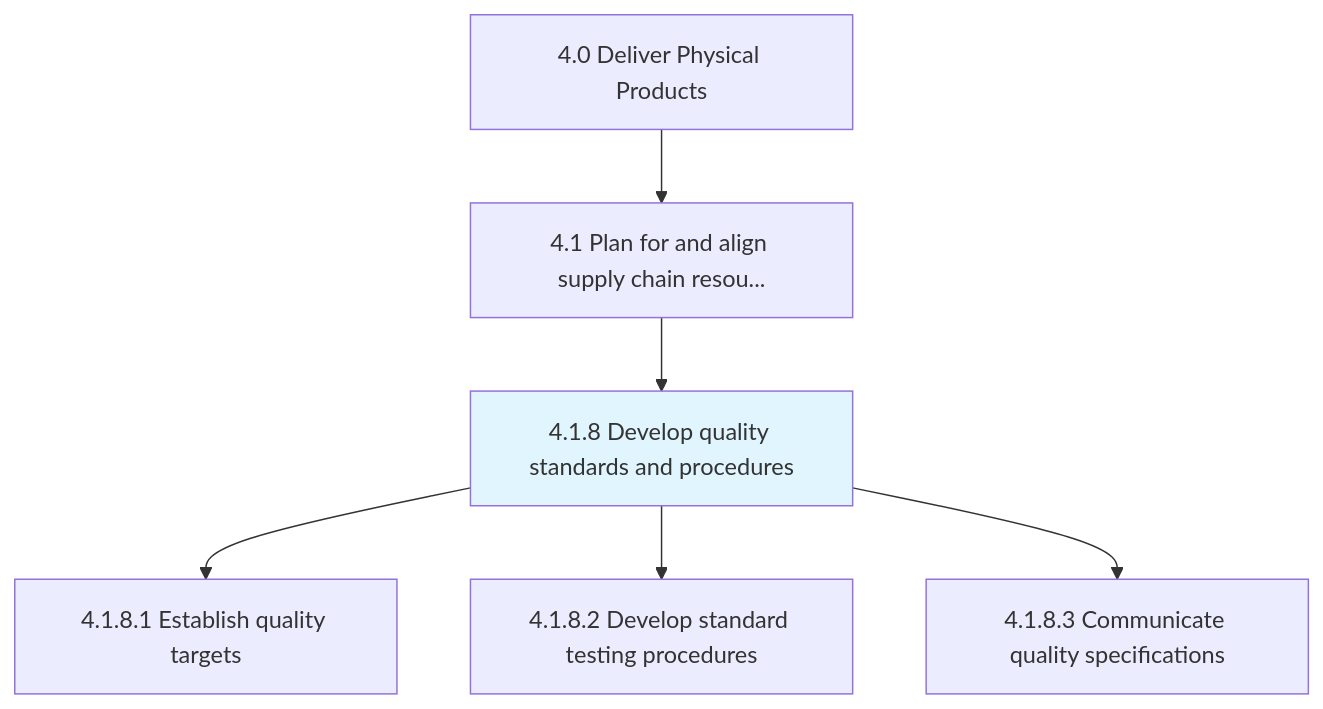
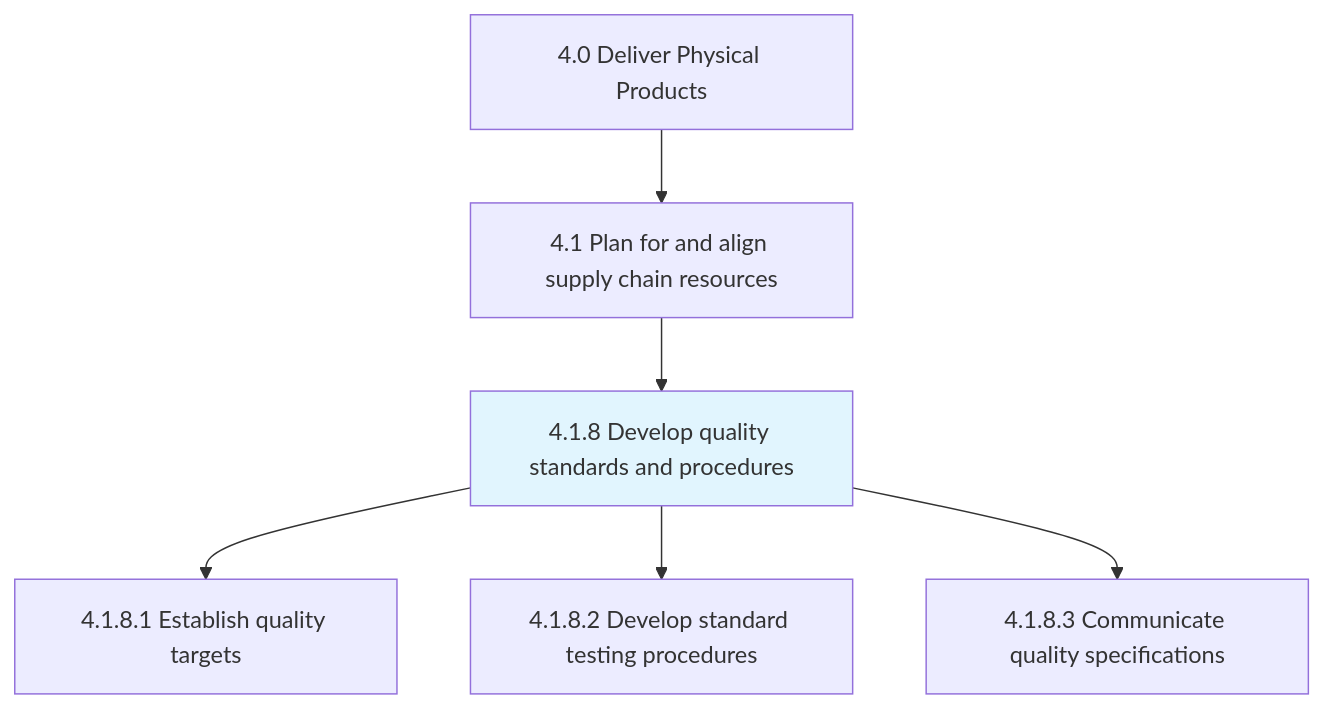
Before and after one commit to kziemski/business.org.ai: the first of 2 diagrams in processes/04-Delivery/4.1-PlanAlignSupplyChain/4.1.8-DevelopQualityStandardsProcedures/index.mdx, drawn with Mermaid. The commit also changed other lines of this file and 885 other files, not shown here.

````diff
--- a/processes/04-Delivery/4.1-PlanAlignSupplyChain/4.1.8-DevelopQualityStandardsProcedures/index.mdx
+++ b/processes/04-Delivery/4.1-PlanAlignSupplyChain/4.1.8-DevelopQualityStandardsProcedures/index.mdx
@@ -25,10 +25,10 @@
 ```mermaid
 graph TD
     C4["4.0 Deliver Physical Products"]
-    C4 --> N4_1["4.1 Plan for and align supply chain resou..."]
+    C4 --> N4_1["4.1 Plan for and align supply chain resources"]
     N4_1 --> N4_1_8["4.1.8 Develop quality standards and procedures"]
     style N4_1_8 fill:#e1f5fe
     N4_1_8 --> N4_1_8_1["4.1.8.1 Establish quality targets"]
     N4_1_8 --> N4_1_8_2["4.1.8.2 Develop standard testing procedures"]
     N4_1_8 --> N4_1_8_3["4.1.8.3 Communicate quality specifications"]
 ```
````
